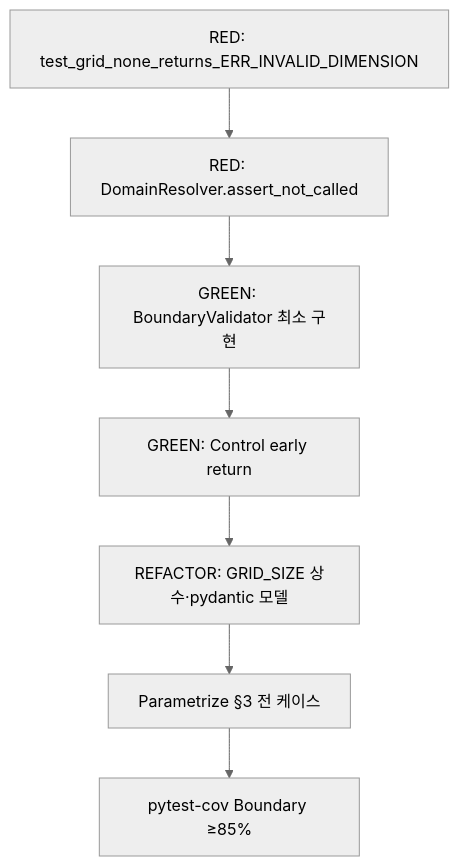
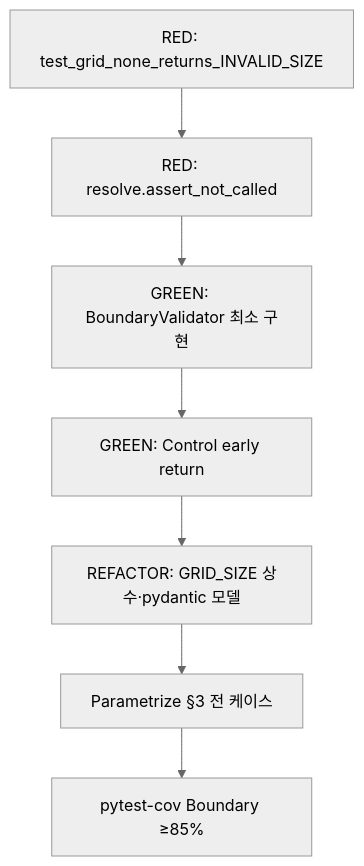
Before and after one commit to seokbeom717/MagicSquare_05: the diagram in docs/test_plan.md, drawn with Mermaid (neutral theme). The commit also changed other lines of this file and 5 other files, not shown here.

````diff
--- a/docs/test_plan.md
+++ b/docs/test_plan.md
@@ -300,9 +313,9 @@
 ```mermaid
 flowchart TD
-    A[RED: test_grid_none_returns_ERR_INVALID_DIMENSION] --> B[RED: DomainResolver.assert_not_called]
+    A[RED: test_grid_none_returns_INVALID_SIZE] --> B[RED: resolve.assert_not_called]
     B --> C[GREEN: BoundaryValidator 최소 구현]
     C --> D[GREEN: Control early return]
     D --> E[REFACTOR: GRID_SIZE 상수·pydantic 모델]
     E --> F[Parametrize §3 전 케이스]
     F --> G[pytest-cov Boundary ≥85%]
 ```
````
